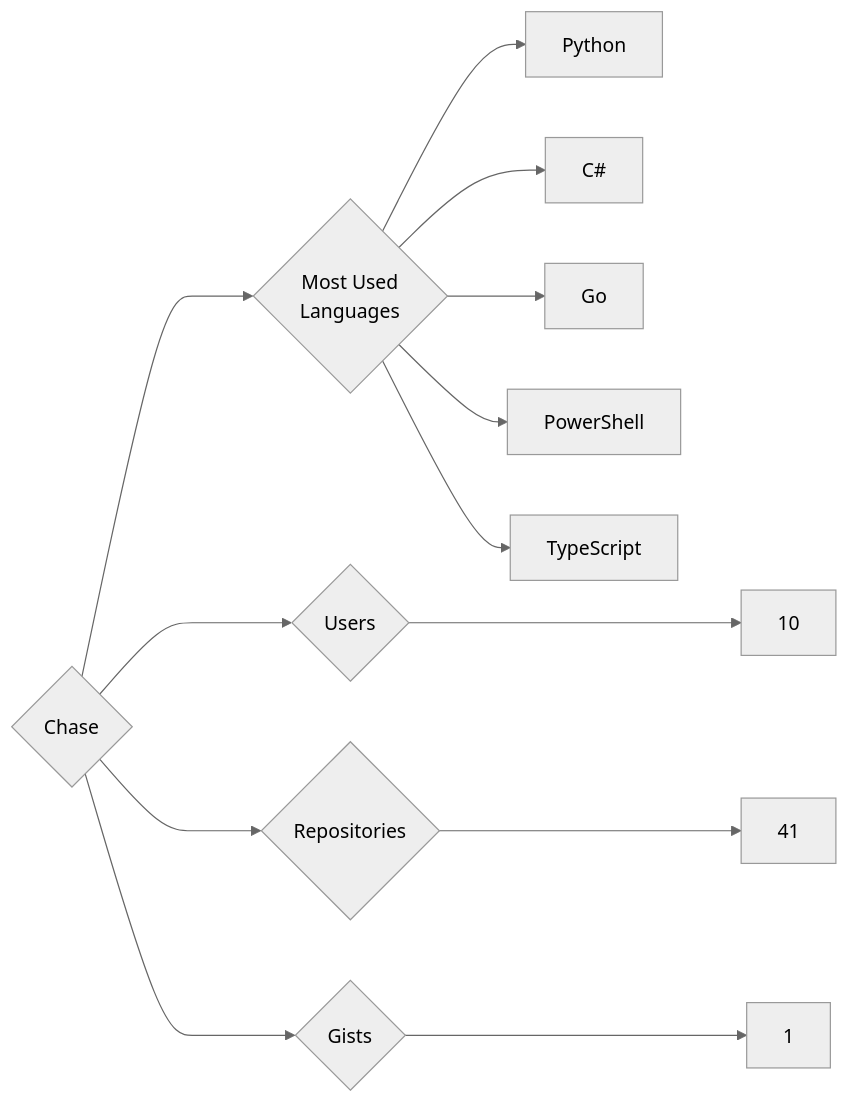
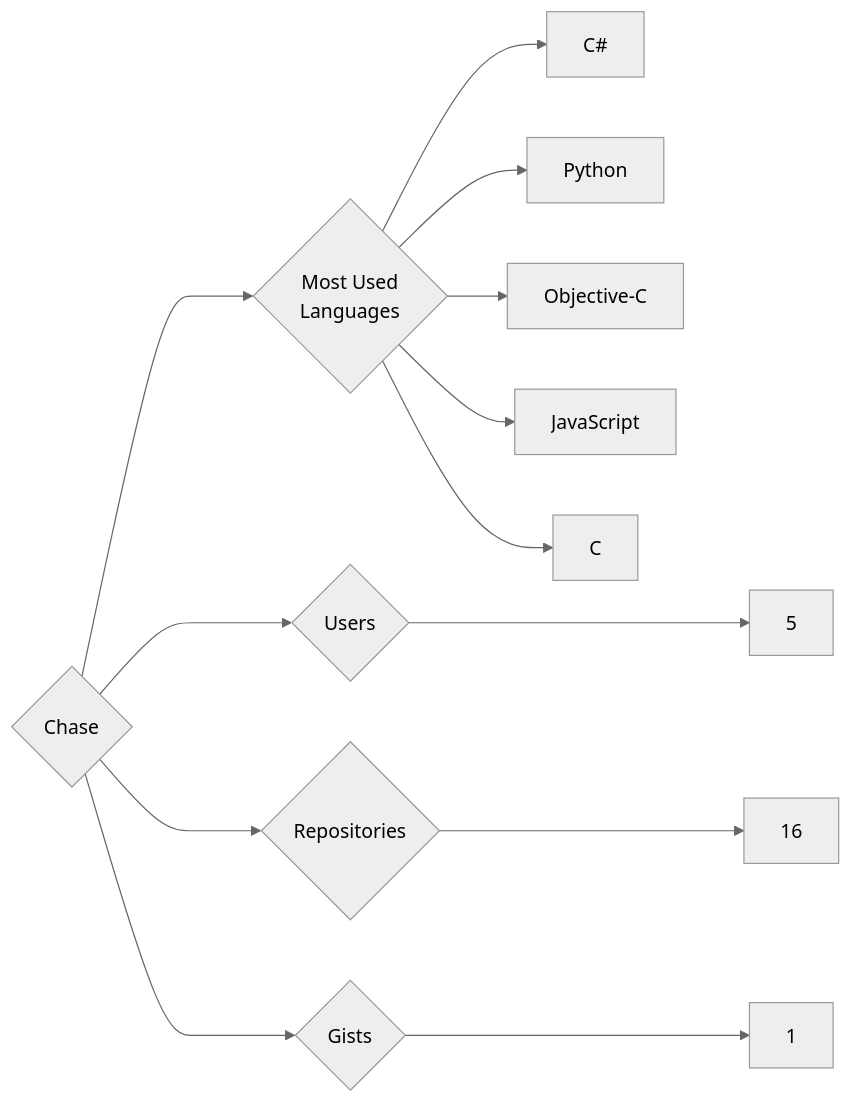
One commit to trickest/insiders changed the diagram in targets/Chase/README.md. Above: the diagram before and after it, drawn with Mermaid (neutral theme). The commit also changed 1007 other files, not shown here.

````diff
--- a/targets/Chase/README.md
+++ b/targets/Chase/README.md
@@ -3,13 +3,13 @@
 ```mermaid
 graph LR
 COMPANY_NAME{Chase}
-COMPANY_NAME ---> U{Users} ---> UN[10]
-COMPANY_NAME ---> R{Repositories} ---> RN[41]
+COMPANY_NAME ---> U{Users} ---> UN[5]
+COMPANY_NAME ---> R{Repositories} ---> RN[16]
 COMPANY_NAME ---> G{Gists} ---> GN[1]
 COMPANY_NAME ---> ML{Most Used<br>Languages}
+ML --> C#[C#]
 ML --> Python[Python]
-ML --> C#[C#]
-ML --> Go[Go]
-ML --> PowerShell[PowerShell]
-ML --> TypeScript[TypeScript]
+ML --> Objective-C[Objective-C]
+ML --> JavaScript[JavaScript]
+ML --> C[C]
 ```
````
